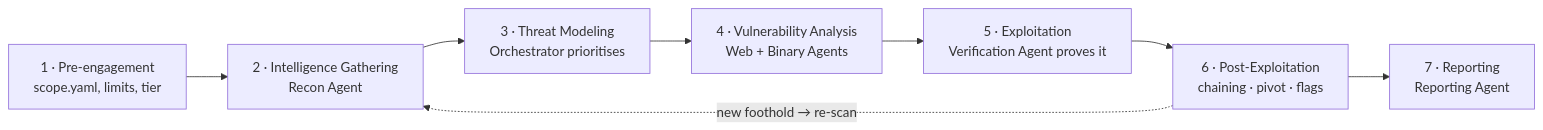
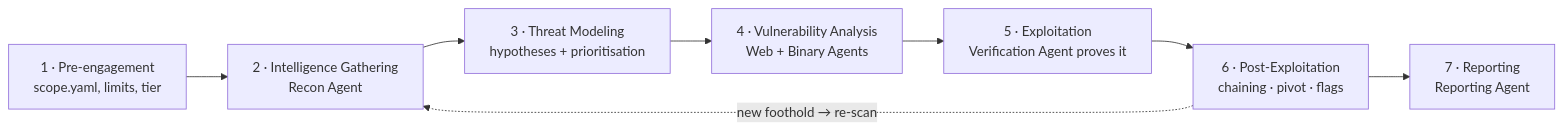
Before and after one commit to hrdk6/Mitigata-Hackathon: the sixth of 10 diagrams in README.md, drawn with Mermaid. The commit also changed other lines of this file, not shown here.

````diff
--- a/README.md
+++ b/README.md
@@ -412,12 +447,12 @@
 ```mermaid
 flowchart LR
     P1["1 · Pre-engagement<br/>scope.yaml, limits, tier"]
     P2["2 · Intelligence Gathering<br/>Recon Agent"]
-    P3["3 · Threat Modeling<br/>Orchestrator prioritises"]
+    P3["3 · Threat Modeling<br/>hypotheses + prioritisation"]
     P4["4 · Vulnerability Analysis<br/>Web + Binary Agents"]
     P5["5 · Exploitation<br/>Verification Agent proves it"]
     P6["6 · Post-Exploitation<br/>chaining · pivot · flags"]
     P7["7 · Reporting<br/>Reporting Agent"]
     P1 --> P2 --> P3 --> P4 --> P5 --> P6 --> P7
     P6 -.->|"new foothold → re-scan"| P2
 ```
````
